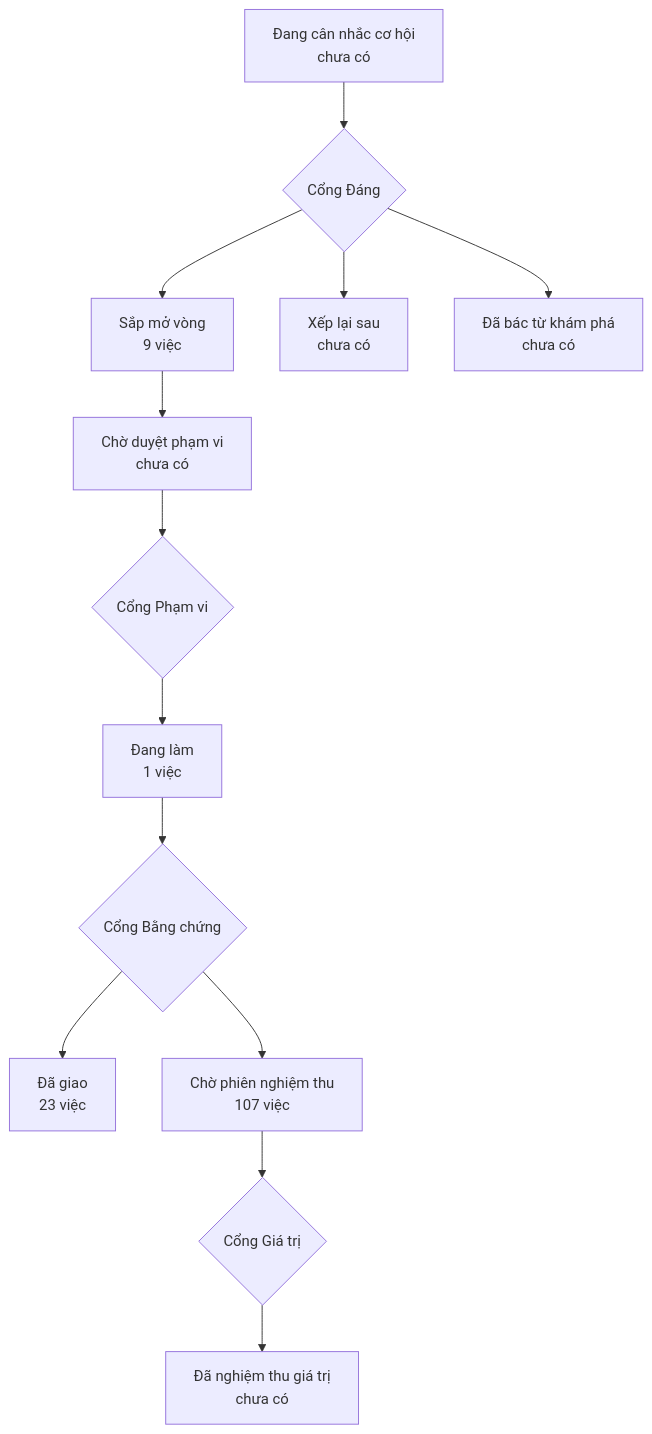
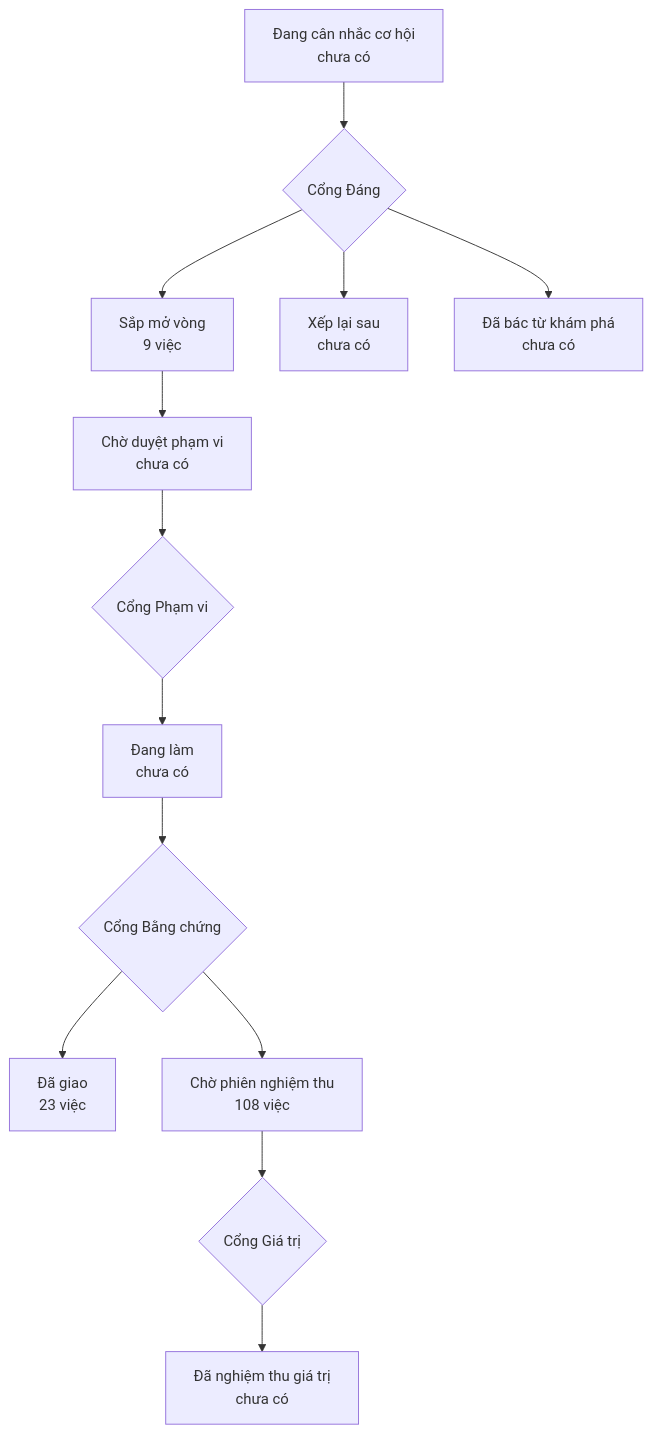
The diagram in PRODUCT-MAP.md (phanlemanh/onehub-quy-hang), drawn with Mermaid before and after one commit. The commit also changed other lines of this file and 4 other files, not shown here.

````diff
--- a/PRODUCT-MAP.md
+++ b/PRODUCT-MAP.md
@@ -7,12 +7,12 @@
 ```mermaid
 flowchart TD
   A["Đang cân nhắc cơ hội<br/>chưa có"] --> GD{"Cổng Đáng"}
   GD --> B["Sắp mở vòng<br/>9 việc"]
   GD --> XL["Xếp lại sau<br/>chưa có"]
   GD --> DB["Đã bác từ khám phá<br/>chưa có"]
   B --> CD["Chờ duyệt phạm vi<br/>chưa có"] --> GP{"Cổng Phạm vi"}
-  GP --> DL["Đang làm<br/>1 việc"] --> GB{"Cổng Bằng chứng"}
+  GP --> DL["Đang làm<br/>chưa có"] --> GB{"Cổng Bằng chứng"}
   GB --> DG["Đã giao<br/>23 việc"]
-  GB --> CN["Chờ phiên nghiệm thu<br/>107 việc"] --> GG{"Cổng Giá trị"}
+  GB --> CN["Chờ phiên nghiệm thu<br/>108 việc"] --> GG{"Cổng Giá trị"}
   GG --> NT["Đã nghiệm thu giá trị<br/>chưa có"]
 ```
````
